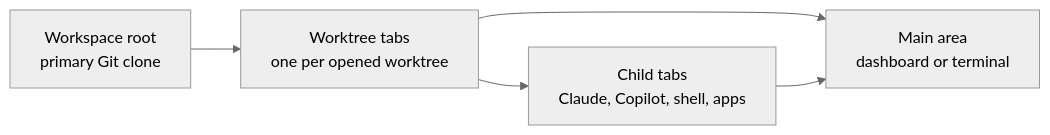
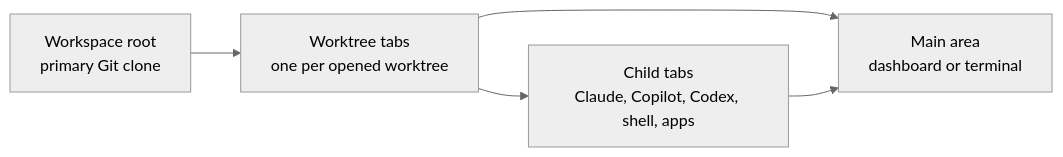
The diagram in docs/overview.md (mcaden/arborist), drawn with Mermaid (neutral theme) before and after one commit. The commit also changed other lines of this file and 10 other files, not shown here.

````diff
--- a/docs/overview.md
+++ b/docs/overview.md
@@ -12,12 +12,12 @@
 ```mermaid
 flowchart LR
     Workspace["Workspace root<br/>primary Git clone"]
     Worktrees["Worktree tabs<br/>one per opened worktree"]
-    Children["Child tabs<br/>Claude, Copilot, shell, apps"]
+    Children["Child tabs<br/>Claude, Copilot, Codex, shell, apps"]
     Main["Main area<br/>dashboard or terminal"]
 
     Workspace --> Worktrees
     Worktrees --> Children
     Worktrees --> Main
     Children --> Main
 ```
````
